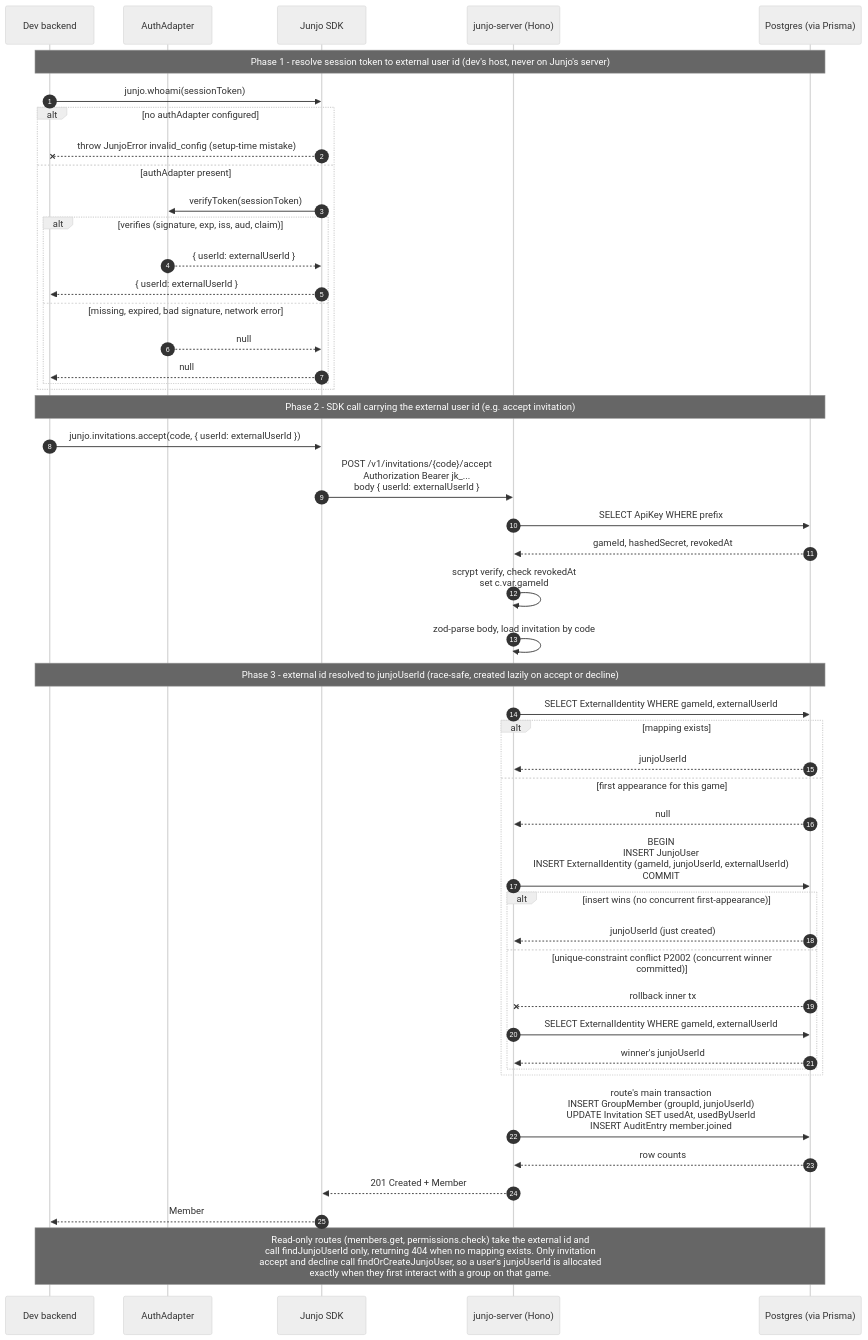
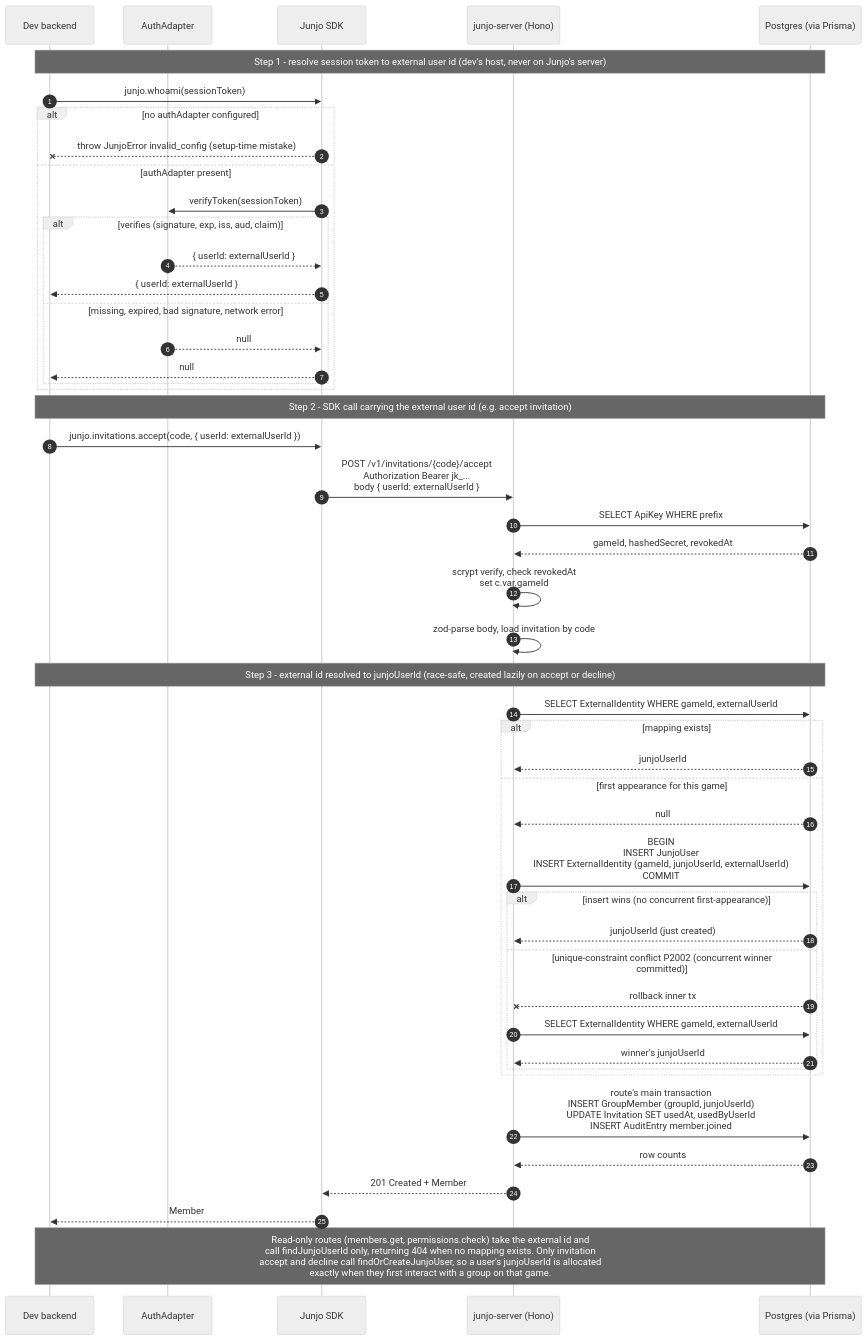
One commit to GabeCurran/junjo changed the diagram in tools/diagrams/source/auth-flow.mmd. Above: the diagram before and after it, drawn with Mermaid. The commit also changed 44 other files, not shown here.

```diff
--- a/tools/diagrams/source/auth-flow.mmd
+++ b/tools/diagrams/source/auth-flow.mmd
@@ -1,54 +1,54 @@
 %%{init: {'theme': 'neutral'}}%%
 sequenceDiagram
   autonumber
   participant App as Dev backend
   participant Adapter as AuthAdapter
   participant SDK as Junjo SDK
   participant Server as junjo-server (Hono)
   participant DB as Postgres (via Prisma)
 
-  Note over App,DB: Phase 1 - resolve session token to external user id (dev's host, never on Junjo's server)
+  Note over App,DB: Step 1 - resolve session token to external user id (dev's host, never on Junjo's server)
   App->>SDK: junjo.whoami(sessionToken)
   alt no authAdapter configured
     SDK--xApp: throw JunjoError invalid_config (setup-time mistake)
   else authAdapter present
     SDK->>Adapter: verifyToken(sessionToken)
     alt verifies (signature, exp, iss, aud, claim)
       Adapter-->>SDK: { userId: externalUserId }
       SDK-->>App: { userId: externalUserId }
     else missing, expired, bad signature, network error
       Adapter-->>SDK: null
       SDK-->>App: null
     end
   end
 
-  Note over App,DB: Phase 2 - SDK call carrying the external user id (e.g. accept invitation)
+  Note over App,DB: Step 2 - SDK call carrying the external user id (e.g. accept invitation)
   App->>SDK: junjo.invitations.accept(code, { userId: externalUserId })
   SDK->>Server: POST /v1/invitations/{code}/accept<br/>Authorization Bearer jk_...<br/>body { userId: externalUserId }
   Server->>DB: SELECT ApiKey WHERE prefix
   DB-->>Server: gameId, hashedSecret, revokedAt
   Server->>Server: scrypt verify, check revokedAt<br/>set c.var.gameId
   Server->>Server: zod-parse body, load invitation by code
 
-  Note over App,DB: Phase 3 - external id resolved to junjoUserId (race-safe, created lazily on accept or decline)
+  Note over App,DB: Step 3 - external id resolved to junjoUserId (race-safe, created lazily on accept or decline)
   Server->>DB: SELECT ExternalIdentity WHERE gameId, externalUserId
   alt mapping exists
     DB-->>Server: junjoUserId
   else first appearance for this game
     DB-->>Server: null
     Server->>DB: BEGIN<br/>INSERT JunjoUser<br/>INSERT ExternalIdentity (gameId, junjoUserId, externalUserId)<br/>COMMIT
     alt insert wins (no concurrent first-appearance)
       DB-->>Server: junjoUserId (just created)
     else unique-constraint conflict P2002 (concurrent winner committed)
       DB--xServer: rollback inner tx
       Server->>DB: SELECT ExternalIdentity WHERE gameId, externalUserId
       DB-->>Server: winner's junjoUserId
     end
   end
 
   Server->>DB: route's main transaction<br/>INSERT GroupMember (groupId, junjoUserId)<br/>UPDATE Invitation SET usedAt, usedByUserId<br/>INSERT AuditEntry member.joined
   DB-->>Server: row counts
   Server-->>SDK: 201 Created + Member
   SDK-->>App: Member
 
   Note over App,DB: Read-only routes (members.get, permissions.check) take the external id and<br/>call findJunjoUserId only, returning 404 when no mapping exists. Only invitation<br/>accept and decline call findOrCreateJunjoUser, so a user's junjoUserId is allocated<br/>exactly when they first interact with a group on that game.
```
